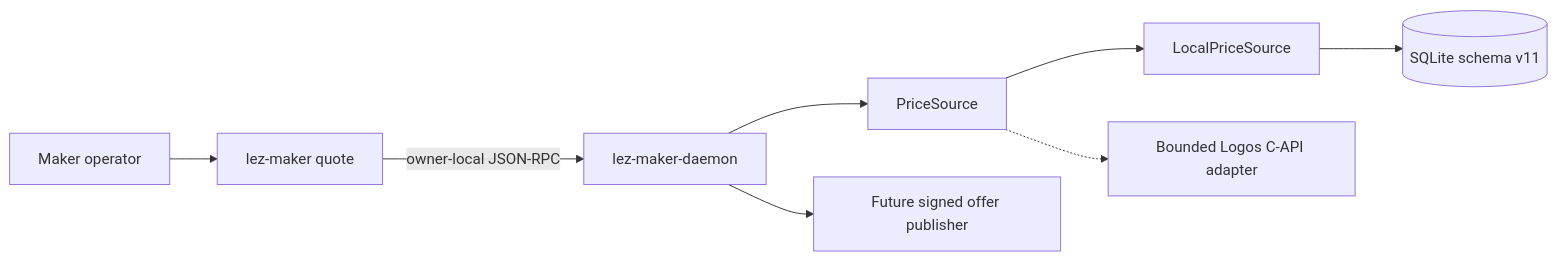
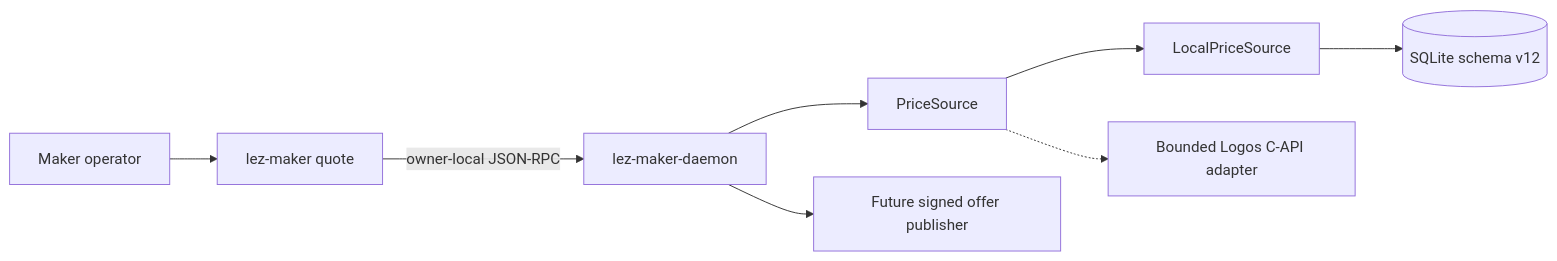
The first of 2 diagrams in docs/architecture/0081-pluggable-maker-price-source.md (gateway-fm/lez-atomic-swaps), drawn with Mermaid before and after one commit. The commit also changed 21 other files, not shown here.

````diff
--- a/docs/architecture/0081-pluggable-maker-price-source.md
+++ b/docs/architecture/0081-pluggable-maker-price-source.md
@@ -18,10 +18,10 @@
 ```mermaid
 flowchart LR
     Operator["Maker operator"] --> CLI["lez-maker quote"]
     CLI -->|"owner-local JSON-RPC"| Daemon["lez-maker-daemon"]
     Daemon --> Port["PriceSource"]
     Port --> Local["LocalPriceSource"]
-    Local --> DB[("SQLite schema v11")]
+    Local --> DB[("SQLite schema v12")]
     Port -.-> CAPI["Bounded Logos C-API adapter"]
     Daemon --> Offer["Future signed offer publisher"]
 ```
````
